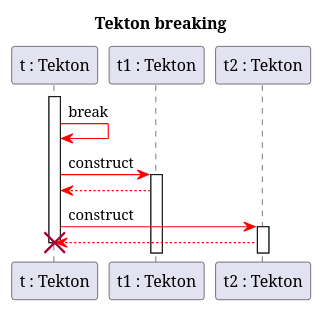
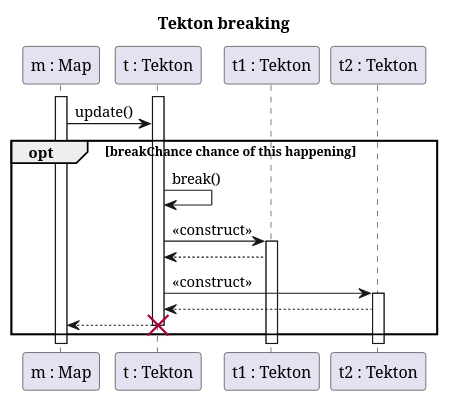
One commit to Klastiv/Projlab_nullpointerexception changed the diagram in diagrams/diagramFiles/SQ_TektonBreak.puml. Above: the diagram before and after it, drawn with PlantUML.

Commit message:
tektonbreak

```diff
--- a/diagrams/diagramFiles/SQ_TektonBreak.puml
+++ b/diagrams/diagramFiles/SQ_TektonBreak.puml
@@ -1,22 +1,28 @@
 @startuml TektonBreak
 title Tekton breaking
 
+participant "m : Map" as M
 participant "t : Tekton" as T
 participant "t1 : Tekton" as T1
 participant "t2 : Tekton" as T2
 
 activate T
+activate M
 
-T-[#RED]>T : break
-T-[#red]>T1 : construct
+M->T : update()
+opt breakChance chance of this happening
+T->T : break()
+T->T1 : <<construct>>
 activate T1
-T1-[#red]->T
+T1-->T
 
-T-[#red]>T2 : construct
+T->T2 : <<construct>>
 activate T2
-T2-[#red]->T
+T2-->T
 
+T-->M
 destroy T
+end
 
 
 @enduml
```
